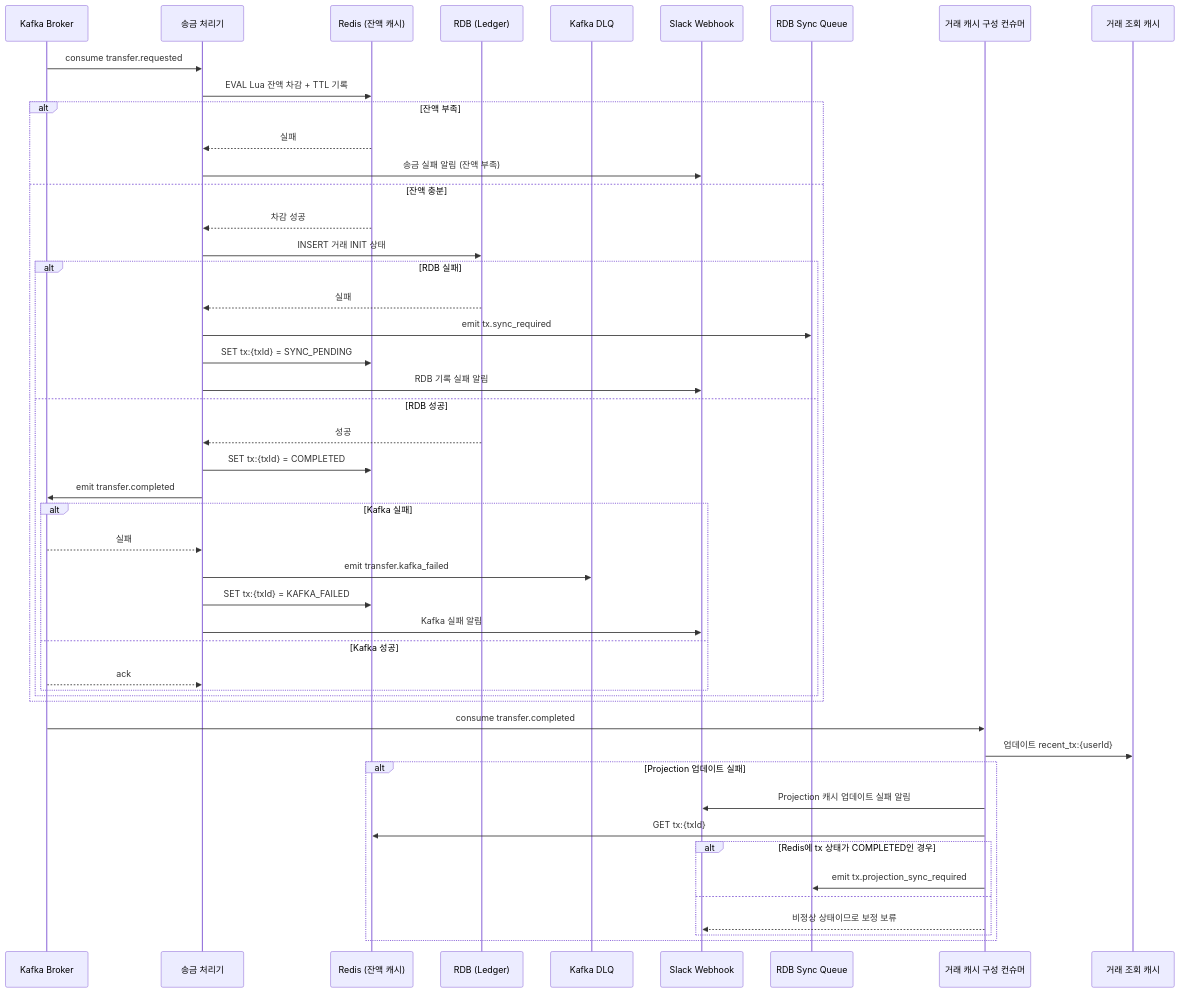
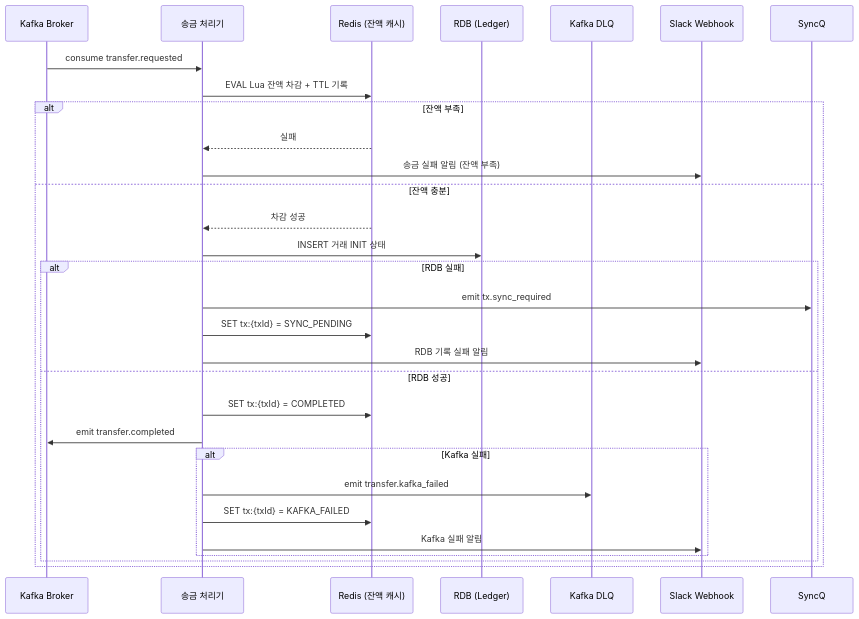
One commit to hyungkishin/FDS-System changed the third of 7 diagrams in GUIDE.md. Above: the diagram before and after it, drawn with Mermaid. The commit also changed other lines of this file, not shown here.

Commit message:
refactor: 시퀀스 다이어그램 단계별 분리

````diff
--- a/GUIDE.md
+++ b/GUIDE.md
@@ -55,60 +61,32 @@
 ```mermaid
 sequenceDiagram
     participant Kafka as Kafka Broker
     participant TxWorker as 송금 처리기
     participant Redis as Redis (잔액 캐시)
     participant RDB as RDB (Ledger)
     participant DLQ as Kafka DLQ
     participant Slack as Slack Webhook
-    participant SyncQ as RDB Sync Queue
-    participant TxProjector as 거래 캐시 구성 컨슈머
-    participant Projection as 거래 조회 캐시
 
     Kafka->>TxWorker: consume transfer.requested
     TxWorker->>Redis: EVAL Lua 잔액 차감 + TTL 기록
-
     alt 잔액 부족
         Redis-->>TxWorker: 실패
         TxWorker->>Slack: 송금 실패 알림 (잔액 부족)
-
     else 잔액 충분
         Redis-->>TxWorker: 차감 성공
         TxWorker->>RDB: INSERT 거래 INIT 상태
-
         alt RDB 실패
-            RDB-->>TxWorker: 실패
             TxWorker->>SyncQ: emit tx.sync_required
             TxWorker->>Redis: SET tx:{txId} = SYNC_PENDING
             TxWorker->>Slack: RDB 기록 실패 알림
-
         else RDB 성공
-            RDB-->>TxWorker: 성공
             TxWorker->>Redis: SET tx:{txId} = COMPLETED
             TxWorker->>Kafka: emit transfer.completed
-
             alt Kafka 실패
-                Kafka-->>TxWorker: 실패
                 TxWorker->>DLQ: emit transfer.kafka_failed
                 TxWorker->>Redis: SET tx:{txId} = KAFKA_FAILED
                 TxWorker->>Slack: Kafka 실패 알림
-            %% SyncQ 전파는 생략: DLQ가 복구 흐름 진입 지점이기 때문
-
-            else Kafka 성공
-                Kafka-->>TxWorker: ack
             end
         end
     end
-
-    Kafka->>TxProjector: consume transfer.completed
-    TxProjector->>Projection: 업데이트 recent_tx:{userId}
-
-    alt Projection 업데이트 실패
-        TxProjector->>Slack: Projection 캐시 업데이트 실패 알림
-        TxProjector->>Redis: GET tx:{txId}
-        alt Redis에 tx 상태가 COMPLETED인 경우
-            TxProjector->>SyncQ: emit tx.projection_sync_required
-        else
-            TxProjector-->>Slack: 비정상 상태이므로 보정 보류
-        end
-    end
 ```
````
